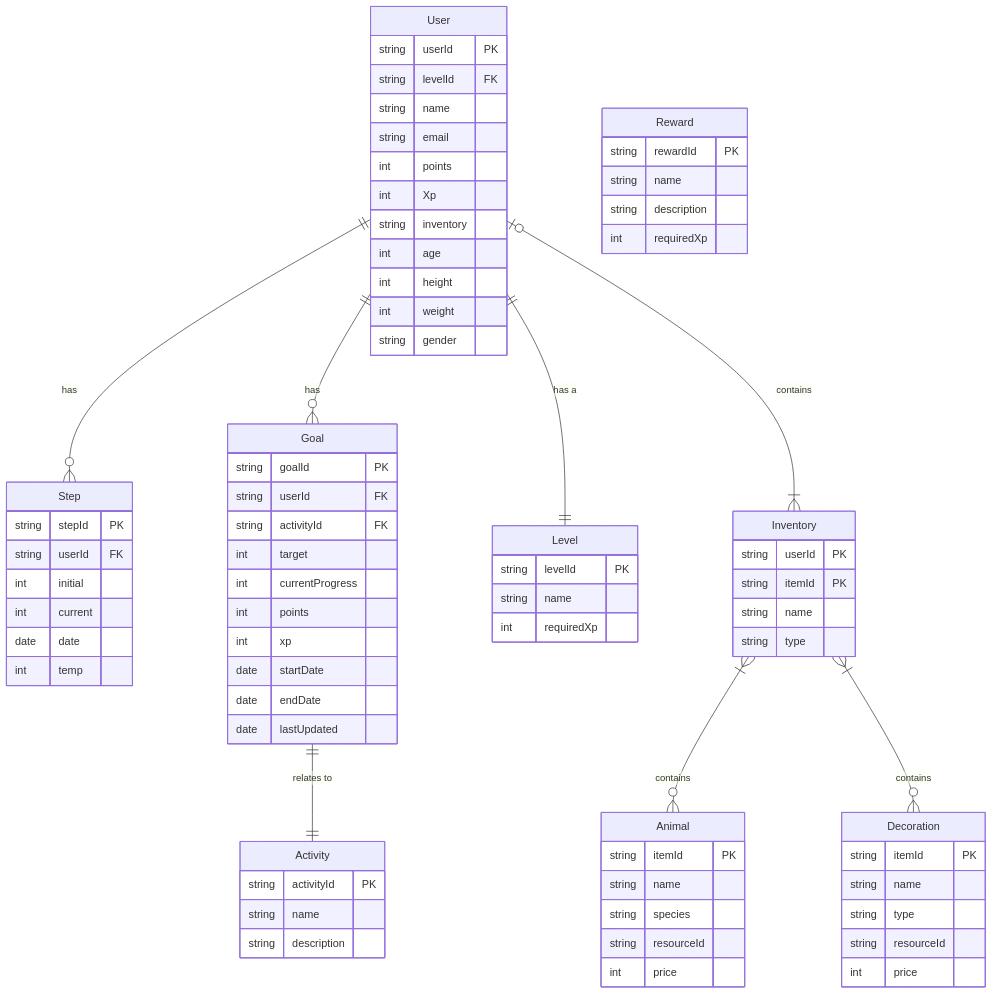
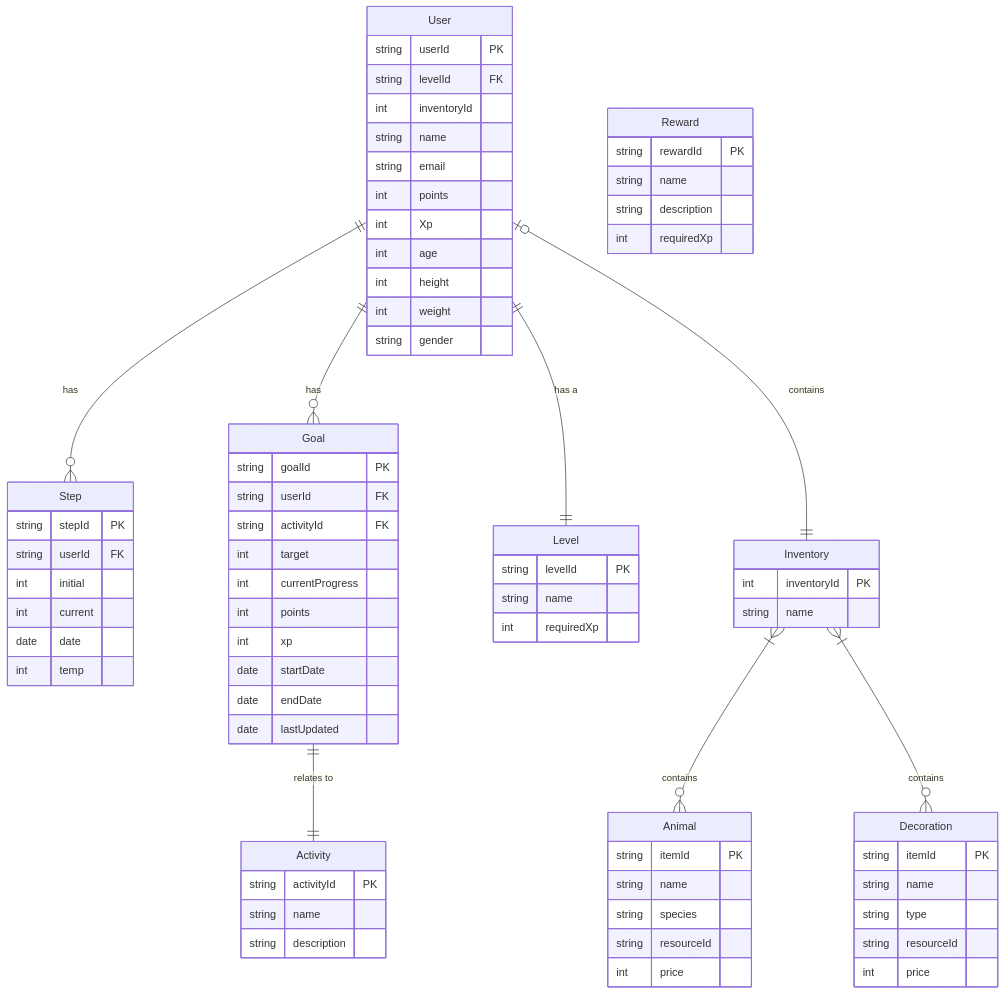
One commit to PVP-K409/fit-flow-docs changed the diagram in database/SCHEMA.md. Above: the diagram before and after it, drawn with Mermaid.

```diff
--- a/database/SCHEMA.md
+++ b/database/SCHEMA.md
@@ -5,11 +5,11 @@
     User {
         string userId PK
         string levelId FK
+        int inventoryId
         string name
         string email
         int points
         int Xp
-        string inventory
         int age
         int height
         int weight
@@ -51,10 +51,8 @@
     }
 
     Inventory {
-        string userId PK
-        string itemId PK
+        int inventoryId PK
         string name
-        string type
     }
 
     Animal {
@@ -83,7 +81,7 @@
     User ||--o{ Goal : "has"
     Goal ||--|| Activity : "relates to"
     User ||--|| Level : "has a"
-    User |o--|{ Inventory : "contains"
+    User |o--|| Inventory : "contains"
     User ||--o{ Step : "has"
     Inventory }|--o{ Animal : "contains"
     Inventory }|--o{ Decoration : "contains"
```
